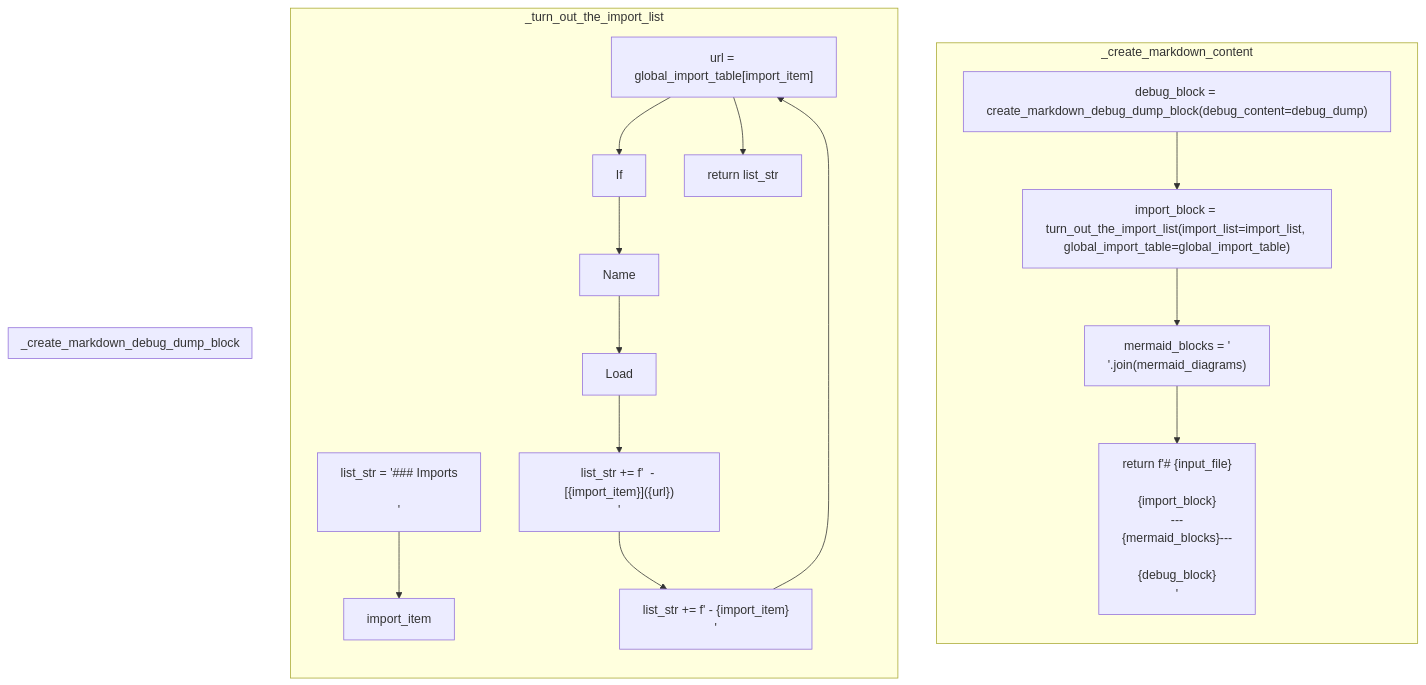
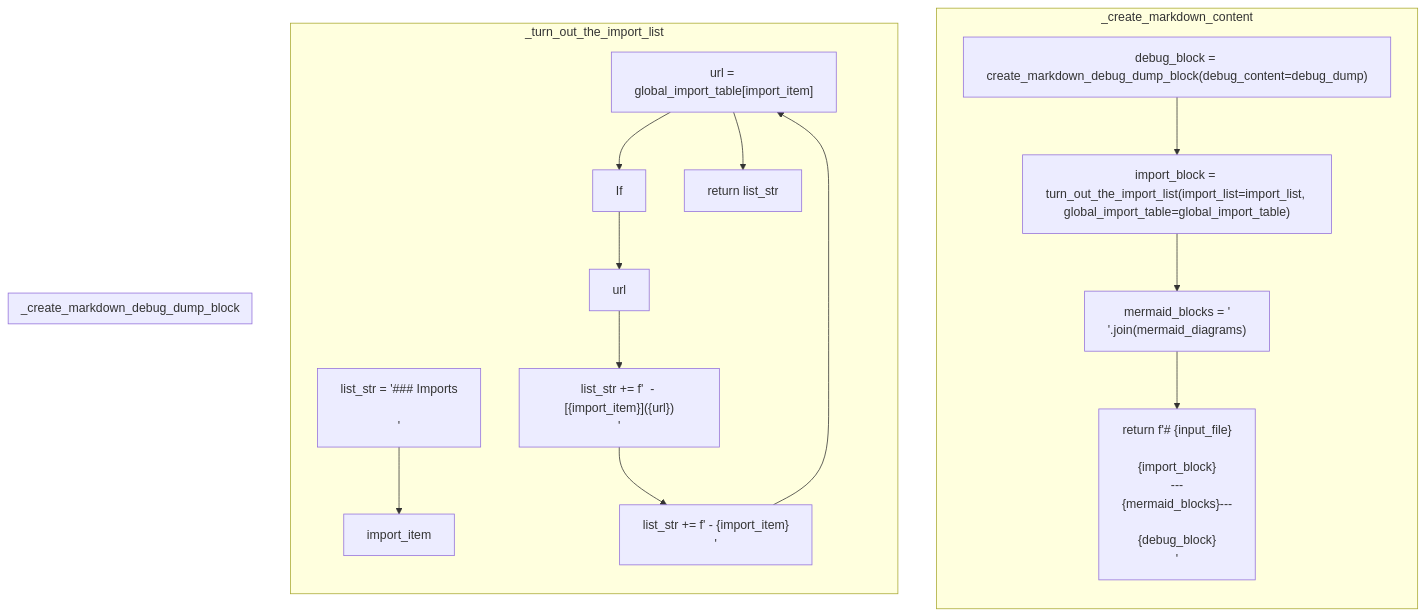
Before and after one commit to MichaelReel/pyremaid: the diagram in docs/pyremaid/markdown_tools.py.md, drawn with Mermaid. The commit also changed 15 other files, not shown here.

````diff
--- a/docs/pyremaid/markdown_tools.py.md
+++ b/docs/pyremaid/markdown_tools.py.md
@@ -7,40 +7,38 @@
 ```mermaid
 flowchart TB
-  _f9_n12["debug_block = create_markdown_debug_dump_block(debug_content=debug_dump)"]
-  _f9_n13["import_block = turn_out_the_import_list(import_list=import_list, global_import_table=global_import_table)"]
-  _f9_n14["mermaid_blocks = '\n'.join(mermaid_diagrams)"]
-  _f9_n15["return f'# {input_file}\n\n{import_block}\n---\n{mermaid_blocks}---\n\n{debug_block}\n'"]
-  _f10_n16["list_str = '### Imports\n\n'"]
-  _f10_l11["import_item"]
-  _f10_l11_n17["url = global_import_table[import_item]"]
-  _f10_l11_n18["If"]
-  _f10_l11_n19["Name"]
-  _f10_l11_n20["Load"]
-  _f10_l11_n21["list_str += f'  - [{import_item}]({url})\n'"]
-  _f10_l11_n22["list_str += f'  - {import_item}\n'"]
-  _f10_n23["return list_str"]
+  _f14_n45["debug_block = create_markdown_debug_dump_block(debug_content=debug_dump)"]
+  _f14_n46["import_block = turn_out_the_import_list(import_list=import_list, global_import_table=global_import_table)"]
+  _f14_n47["mermaid_blocks = '\n'.join(mermaid_diagrams)"]
+  _f14_n48["return f'# {input_file}\n\n{import_block}\n---\n{mermaid_blocks}---\n\n{debug_block}\n'"]
+  _f15_n49["list_str = '### Imports\n\n'"]
+  _f15_l16["import_item"]
+  _f15_l16_n50["url = global_import_table[import_item]"]
+  _f15_l16_n51["If"]
+  _f15_l16_n52["url"]
+  _f15_l16_n53["list_str += f'  - [{import_item}]({url})\n'"]
+  _f15_l16_n54["list_str += f'  - {import_item}\n'"]
+  _f15_n55["return list_str"]
 
   subgraph _create_markdown_content
     direction TB
-    _f9_n12 --> _f9_n13
-    _f9_n13 --> _f9_n14
-    _f9_n14 --> _f9_n15
+    _f14_n45 --> _f14_n46
+    _f14_n46 --> _f14_n47
+    _f14_n47 --> _f14_n48
   end
   subgraph _turn_out_the_import_list
     direction TB
-    _f10_n16 --> _f10_l11
+    _f15_n49 --> _f15_l16
     %% loop import_item
-      _f10_l11_n17 --> _f10_l11_n18
-      _f10_l11_n18 --> _f10_l11_n19
-      _f10_l11_n19 --> _f10_l11_n20
-      _f10_l11_n20 --> _f10_l11_n21
-      _f10_l11_n21 --> _f10_l11_n22
+      _f15_l16_n50 --> _f15_l16_n51
+      _f15_l16_n51 --> _f15_l16_n52
+      _f15_l16_n52 --> _f15_l16_n53
+      _f15_l16_n53 --> _f15_l16_n54
     %% end import_item
-    _f10_l11_n22 --> _f10_l11_n17
-    _f10_l11_n17 --> _f10_n23
+    _f15_l16_n54 --> _f15_l16_n50
+    _f15_l16_n50 --> _f15_n55
   end
   subgraph _create_markdown_debug_dump_block
     direction TB
   end
 
 ```
````
